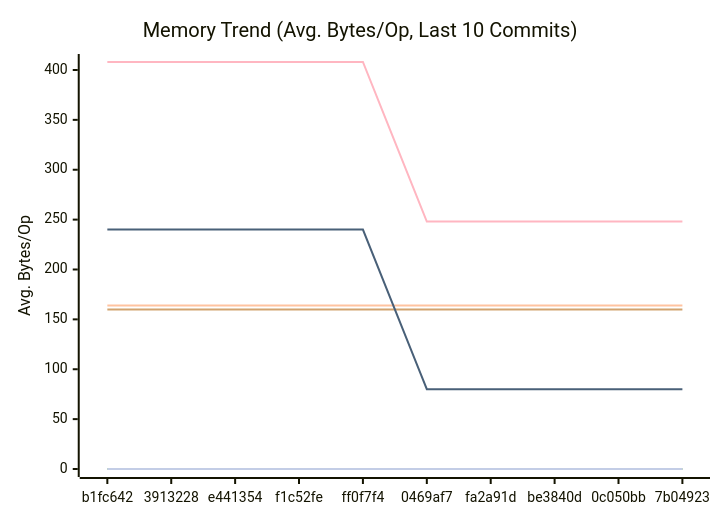
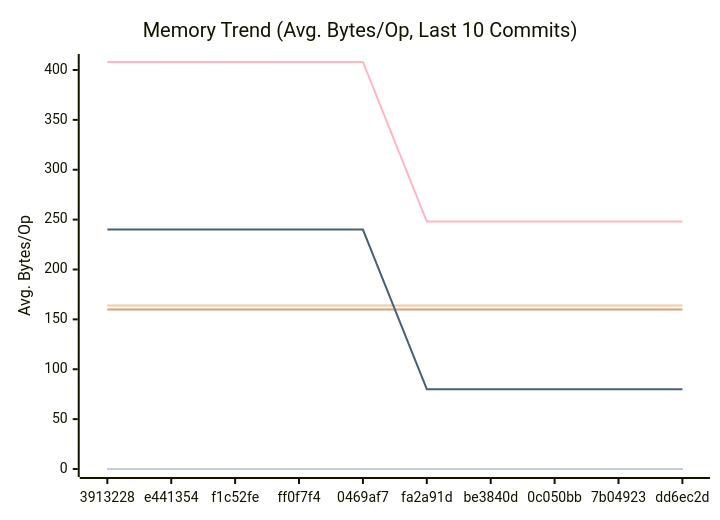
Before and after one commit to alsotoes/momo: the second of 3 diagrams in docs/PERFORMANCE.md, drawn with Mermaid. The commit also changed other lines of this file and 4 other files, not shown here.

````diff
--- a/docs/PERFORMANCE.md
+++ b/docs/PERFORMANCE.md
@@ -97,16 +97,16 @@
 ```mermaid
 xychart-beta
     title "Memory Trend (Avg. Bytes/Op, Last 10 Commits)"
     x-axis "Commit"
     y-axis "Avg. Bytes/Op"
-    x-axis [b1fc642,3913228,e441354,f1c52fe,ff0f7f4,0469af7,fa2a91d,be3840d,0c050bb,7b04923]
+    x-axis [3913228,e441354,f1c52fe,ff0f7f4,0469af7,fa2a91d,be3840d,0c050bb,7b04923,dd6ec2d]
     line "CheckMetricsAndSwap" [0,0,0,0,0,0,0,0,0,0]
     line "CrushOptimized" [0,0,0,0,0,0,0,0,0,0]
     line "CrushOriginal" [164,164,164,164,164,164,164,164,164,164]
     line "IndexDirectTracking" [0,0,0,0,0,0,0,0,0,0]
     line "IndexSearch" [0,0,0,0,0,0,0,0,0,0]
     line "LoadGlobalConfig" [160,160,160,160,160,160,160,160,160,160]
     line "PadString" [0,0,0,0,0,0,0,0,0,0]
     line "ParseReplicationOrder_NoPrealloc" [408,408,408,408,408,248,248,248,248,248]
     line "ParseReplicationOrder_Prealloc" [240,240,240,240,240,80,80,80,80,80]
 ```
````
